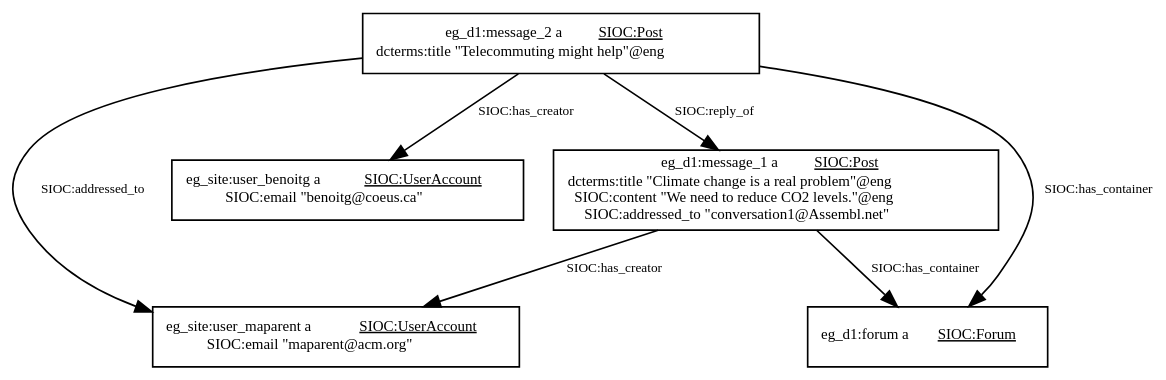
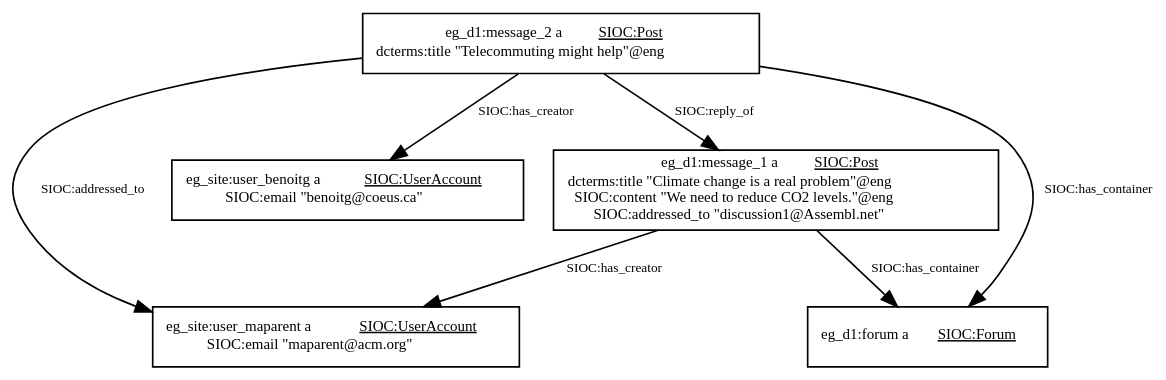
The eighth of 16 diagrams in interoperability/interoperability.md (catalyst-fp7/documents), drawn with Graphviz before and after one commit. The commit also changed other lines of this file, not shown here.

````diff
--- a/interoperability/interoperability.md
+++ b/interoperability/interoperability.md
@@ -1039,32 +1039,32 @@
 ```graphviz 0.83
 digraph g {
     graph [bgcolor="transparent", rankdir="TB", compound="true"];
     node [fillcolor=white, style=filled,  shape=record, fontsize=9];
     edge [fontsize=8];
     user1 [label=<<table border='0' cellborder='0' cellpadding='0' cellspacing='0'>
         <tr><td>eg_site:user_maparent a <U>SIOC:UserAccount</U></td></tr>
         <tr><td>SIOC:email "maparent@acm.org"</td></tr>
         </table>>];
     user2 [label=<<table border='0' cellborder='0' cellpadding='0' cellspacing='0'>
         <tr><td>eg_site:user_benoitg a <U>SIOC:UserAccount</U></td></tr>
         <tr><td>SIOC:email "benoitg@coeus.ca"</td></tr>
         </table>>];
     forum [label=<eg_d1:forum a <U>SIOC:Forum</U>>];
     post1 [label=<<table border='0' cellborder='0' cellpadding='0' cellspacing='0'>
         <tr><td>eg_d1:message_1 a <U>SIOC:Post</U></td></tr>
         <tr><td>dcterms:title "Climate change is a real problem"@eng</td></tr>
         <tr><td>SIOC:content "We need to reduce CO2 levels."@eng</td></tr>
-        <tr><td>SIOC:addressed_to "conversation1@Assembl.net"</td></tr>
+        <tr><td>SIOC:addressed_to "discussion1@Assembl.net"</td></tr>
     </table>>];
     post1->user1 [label="SIOC:has_creator"];
     post1->forum [label="SIOC:has_container"];
     post2 [label=<<table border='0' cellborder='0' cellpadding='0' cellspacing='0'>
         <tr><td>eg_d1:message_2 a <U>SIOC:Post</U></td></tr>
         <tr><td>dcterms:title "Telecommuting might help"@eng</td></tr>
     </table>>];
     post2->user2 [label="SIOC:has_creator"];
     post2->user1 [label="SIOC:addressed_to"];
     post2->forum [label="SIOC:has_container"];
     post2->post1 [label="SIOC:reply_of"];
 }
 ```
````
